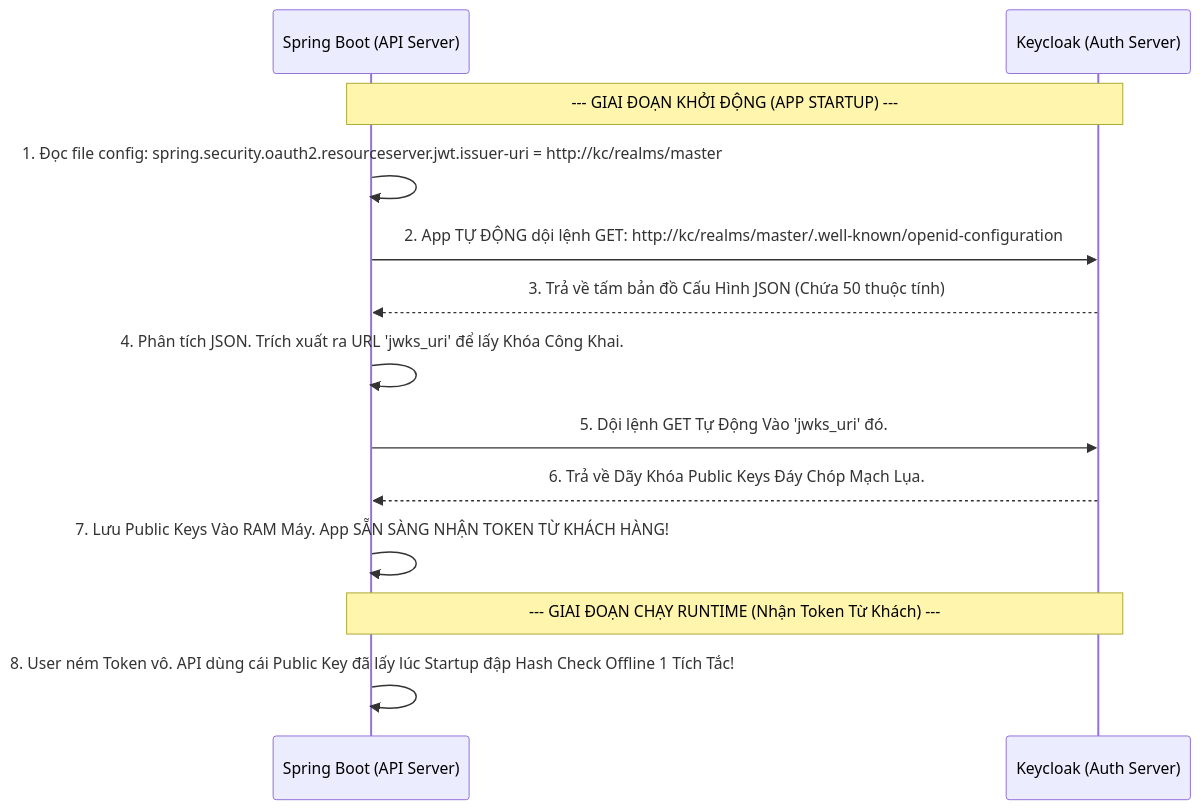
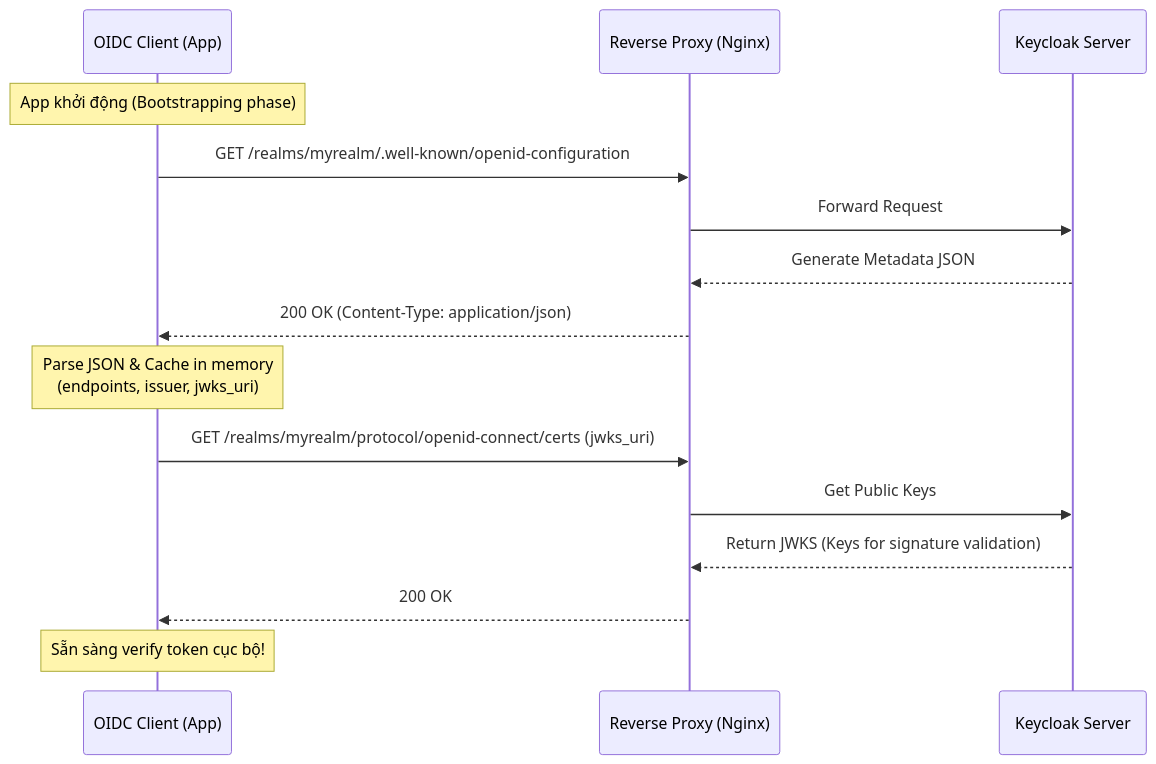
Before and after one commit to Luckyy0/keycloak: the diagram in 15-OAuth2/Module-1-Concepts/Lesson-10-Discovery.md, drawn with Mermaid. The commit also changed other lines of this file and 215 other files, not shown here.

````diff
--- a/15-OAuth2/Module-1-Concepts/Lesson-10-Discovery.md
+++ b/15-OAuth2/Module-1-Concepts/Lesson-10-Discovery.md
@@ -26,19 +25,19 @@
 ```mermaid
 sequenceDiagram
-    participant App as Spring Boot (API Server)
-    participant KC as Keycloak (Auth Server)
-
-    Note over App, KC: --- GIAI ĐOẠN KHỞI ĐỘNG (APP STARTUP) ---
-    App->>App: 1. Đọc file config: spring.security.oauth2.resourceserver.jwt.issuer-uri = http://kc/realms/master
-    App->>KC: 2. App TỰ ĐỘNG dội lệnh GET: http://kc/realms/master/.well-known/openid-configuration
+    participant Client as OIDC Client (App)
+    participant RP as Reverse Proxy (Nginx)
+    participant Keycloak as Keycloak Server
     
-    KC-->>App: 3. Trả về tấm bản đồ Cấu Hình JSON (Chứa 50 thuộc tính)
-    App->>App: 4. Phân tích JSON. Trích xuất ra URL 'jwks_uri' để lấy Khóa Công Khai.
+    Note over Client: App khởi động (Bootstrapping phase)
+    Client->>RP: GET /realms/myrealm/.well-known/openid-configuration
+    RP->>Keycloak: Forward Request
+    Keycloak-->>RP: Generate Metadata JSON
+    RP-->>Client: 200 OK (Content-Type: application/json)
+    Note over Client: Parse JSON & Cache in memory<br>(endpoints, issuer, jwks_uri)
     
-    App->>KC: 5. Dội lệnh GET Tự Động Vào 'jwks_uri' đó.
-    KC-->>App: 6. Trả về Dãy Khóa Public Keys Đáy Chóp Mạch Lụa.
-    App->>App: 7. Lưu Public Keys Vào RAM Máy. App SẴN SÀNG NHẬN TOKEN TỪ KHÁCH HÀNG!
-    
-    Note over App, KC: --- GIAI ĐOẠN CHẠY RUNTIME (Nhận Token Từ Khách) ---
-    App->>App: 8. User ném Token vô. API dùng cái Public Key đã lấy lúc Startup đập Hash Check Offline 1 Tích Tắc!
+    Client->>RP: GET /realms/myrealm/protocol/openid-connect/certs (jwks_uri)
+    RP->>Keycloak: Get Public Keys
+    Keycloak-->>RP: Return JWKS (Keys for signature validation)
+    RP-->>Client: 200 OK
+    Note over Client: Sẵn sàng verify token cục bộ!
 ```
````
